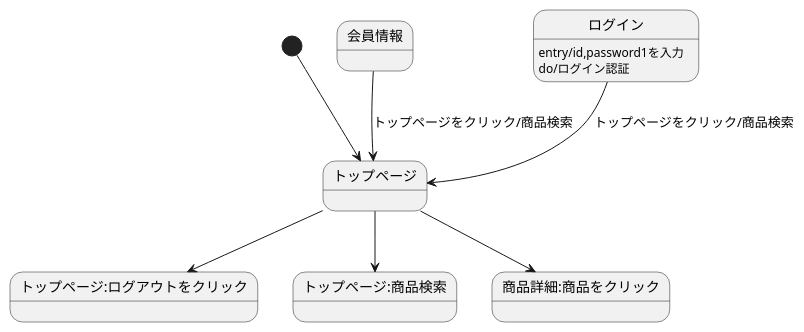
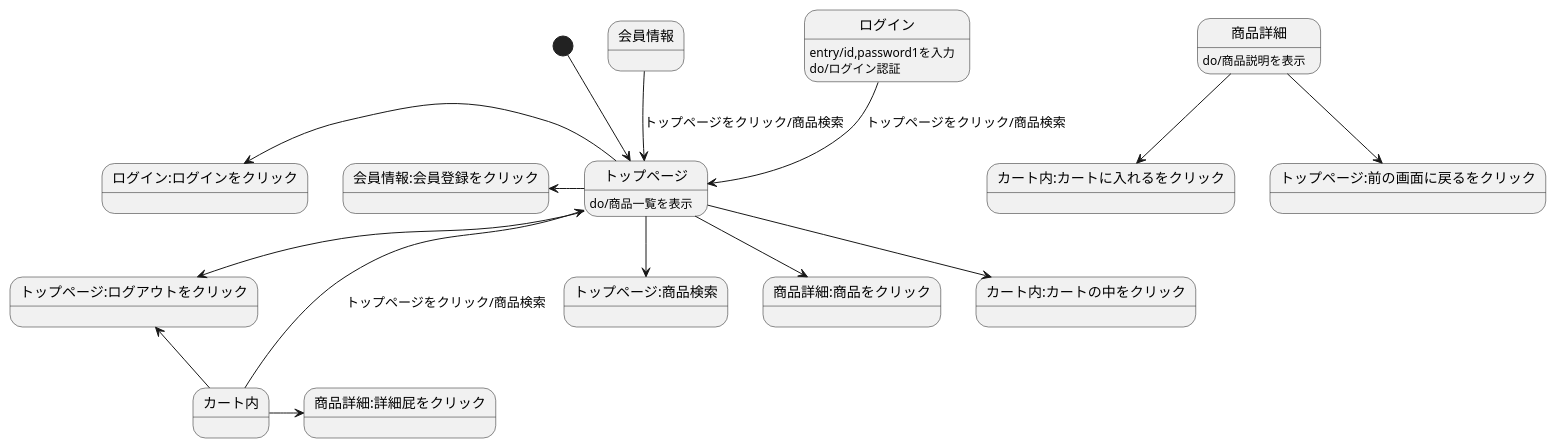
One commit to Aso2001224/2021sys-design changed the diagram in 画面遷移図.md. Above: the diagram before and after it, drawn with PlantUML.

````diff
--- a/画面遷移図.md
+++ b/画面遷移図.md
@@ -1,12 +1,28 @@
 ```uml
 @startuml
 [*] --> トップページ
 会員情報--> トップページ:トップページをクリック/商品検索
 ログイン--> トップページ:トップページをクリック/商品検索
 ログイン:entry/id,password1を入力
 ログイン:do/ログイン認証
 トップページ-->トップページ:ログアウトをクリック
 トップページ-->トップページ:商品検索
 トップページ-->商品詳細:商品をクリック
-@enduml
+トップページ-left-> 会員情報:会員登録をクリック
+トップページ-left->ログイン:ログインをクリック
+トップページ-->カート内:カートの中をクリック
+トップページ:do/商品一覧を表示
+商品詳細-->カート内:カートに入れるをクリック
+商品詳細-->トップページ:前の画面に戻るをクリック
+商品詳細:do/商品説明を表示
+カート内-up->トップページ:トップページをクリック/商品検索
+カート内-up->トップページ:ログアウトをクリック
+カート内->商品詳細:詳細屁をクリック
+
+
+
+
+
+
+
 ```
````
